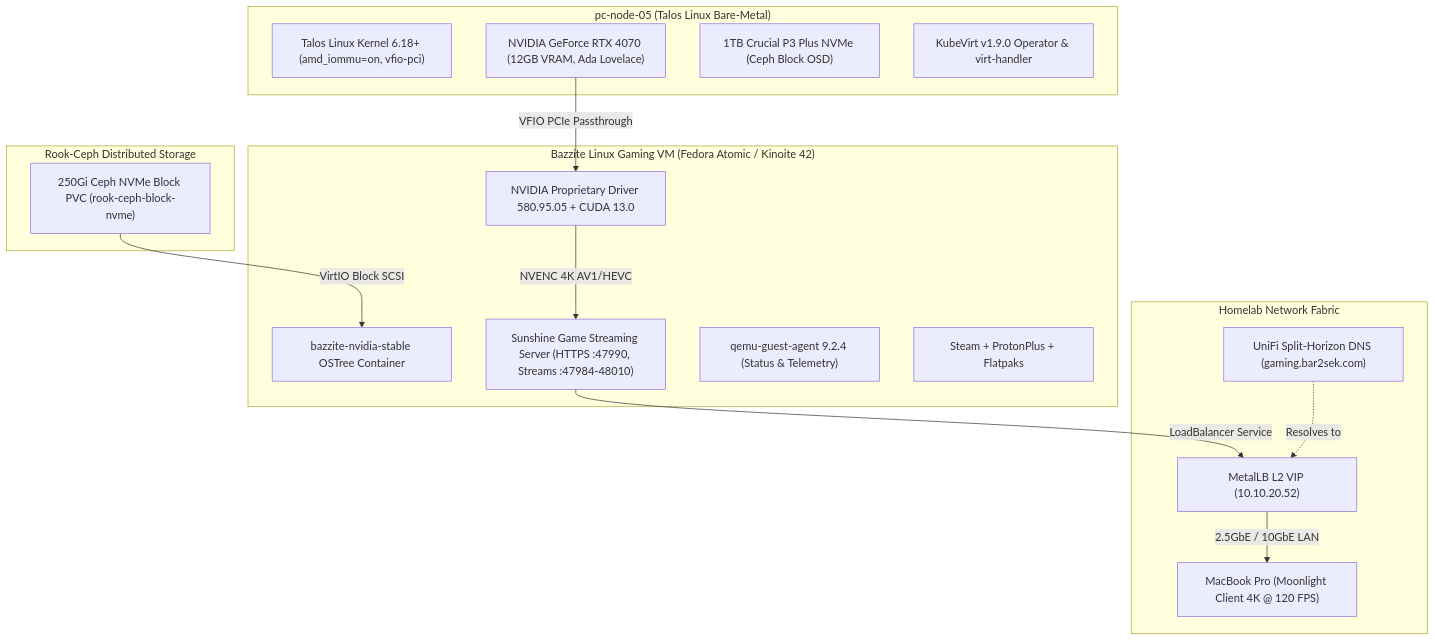
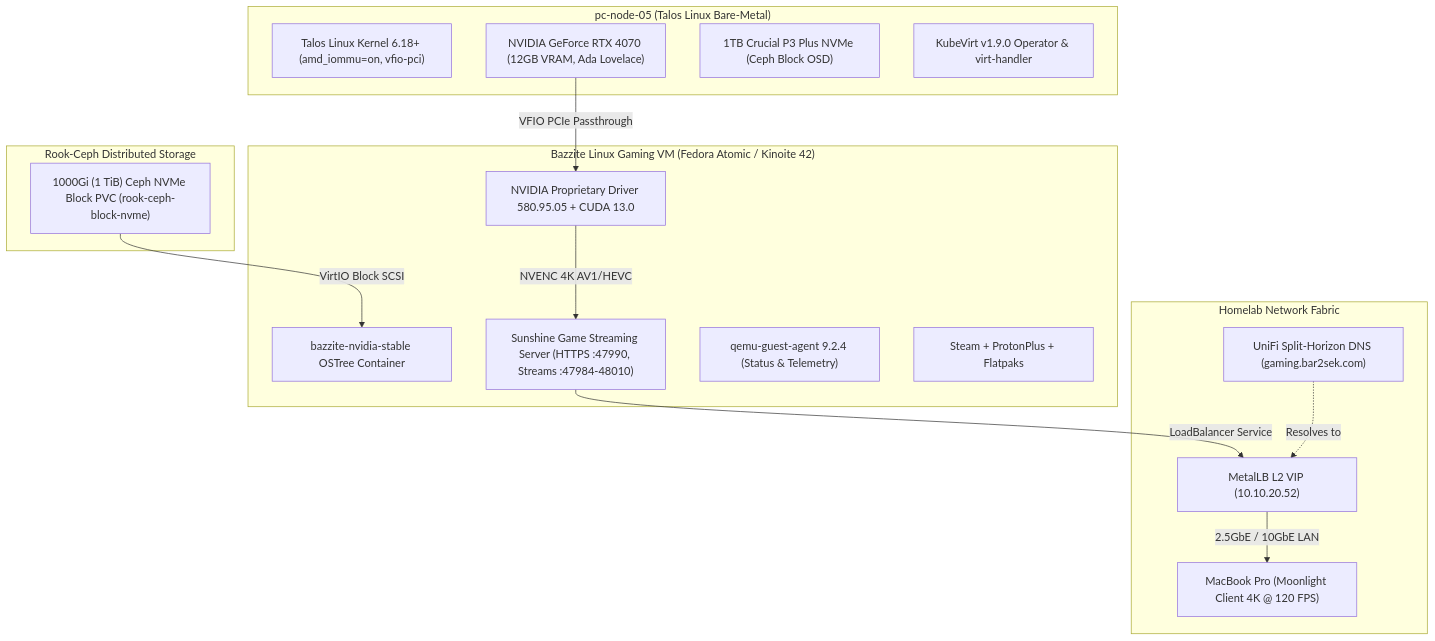
Before and after one commit to bar2sek/personal-technology: the diagram in docs/303-kubevirt-bazzite-gpu-vm.md, drawn with Mermaid. The commit also changed 2 other files, not shown here.

Commit message:
feat(storage): enable CSI volume expansion secrets and resize Bazzite NVMe PVC to 1TiB
- Add controller-expand-secret parameters to Rook-Ceph block StorageClasses
- Expand windows-gaming-nvme-pvc to 1000Gi for Bazzite gaming library
- Update architecture diagrams in 303-kubevirt-bazzite-gpu-vm.md

````diff
--- a/docs/303-kubevirt-bazzite-gpu-vm.md
+++ b/docs/303-kubevirt-bazzite-gpu-vm.md
@@ -23,34 +23,34 @@
 ```mermaid
 graph TD
     subgraph Host ["pc-node-05 (Talos Linux Bare-Metal)"]
         Kernel["Talos Linux Kernel 6.18+ (amd_iommu=on, vfio-pci)"]
         GPU_HW["NVIDIA GeForce RTX 4070 (12GB VRAM, Ada Lovelace)"]
         NVMe_HW["1TB Crucial P3 Plus NVMe (Ceph Block OSD)"]
         KubeVirt["KubeVirt v1.9.0 Operator & virt-handler"]
     end
 
     subgraph Guest ["Bazzite Linux Gaming VM (Fedora Atomic / Kinoite 42)"]
         OSTree["bazzite-nvidia-stable OSTree Container"]
         NvidiaDriver["NVIDIA Proprietary Driver 580.95.05 + CUDA 13.0"]
         Sunshine["Sunshine Game Streaming Server (HTTPS :47990, Streams :47984-48010)"]
         QEMU_GA["qemu-guest-agent 9.2.4 (Status & Telemetry)"]
         Steam["Steam + ProtonPlus + Flatpaks"]
     end
 
     subgraph Storage ["Rook-Ceph Distributed Storage"]
-        CephNVMe["250Gi Ceph NVMe Block PVC (rook-ceph-block-nvme)"]
+        CephNVMe["1000Gi (1 TiB) Ceph NVMe Block PVC (rook-ceph-block-nvme)"]
     end
 
     subgraph Networking ["Homelab Network Fabric"]
         MetalLB["MetalLB L2 VIP (10.10.20.52)"]
         UniFiDNS["UniFi Split-Horizon DNS (gaming.bar2sek.com)"]
         Client["MacBook Pro (Moonlight Client 4K @ 120 FPS)"]
     end
 
     GPU_HW -->|VFIO PCIe Passthrough| NvidiaDriver
     CephNVMe -->|VirtIO Block SCSI| OSTree
     NvidiaDriver -->|NVENC 4K AV1/HEVC| Sunshine
     Sunshine -->|LoadBalancer Service| MetalLB
     MetalLB -->|2.5GbE / 10GbE LAN| Client
     UniFiDNS -.->|Resolves to| MetalLB
 ```
````
